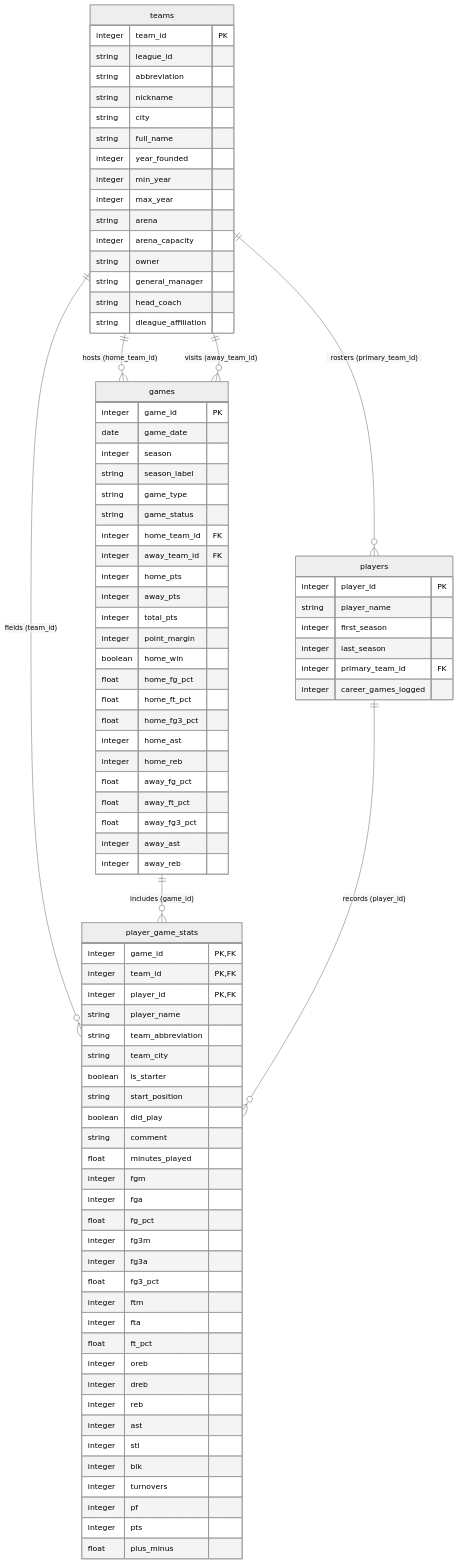
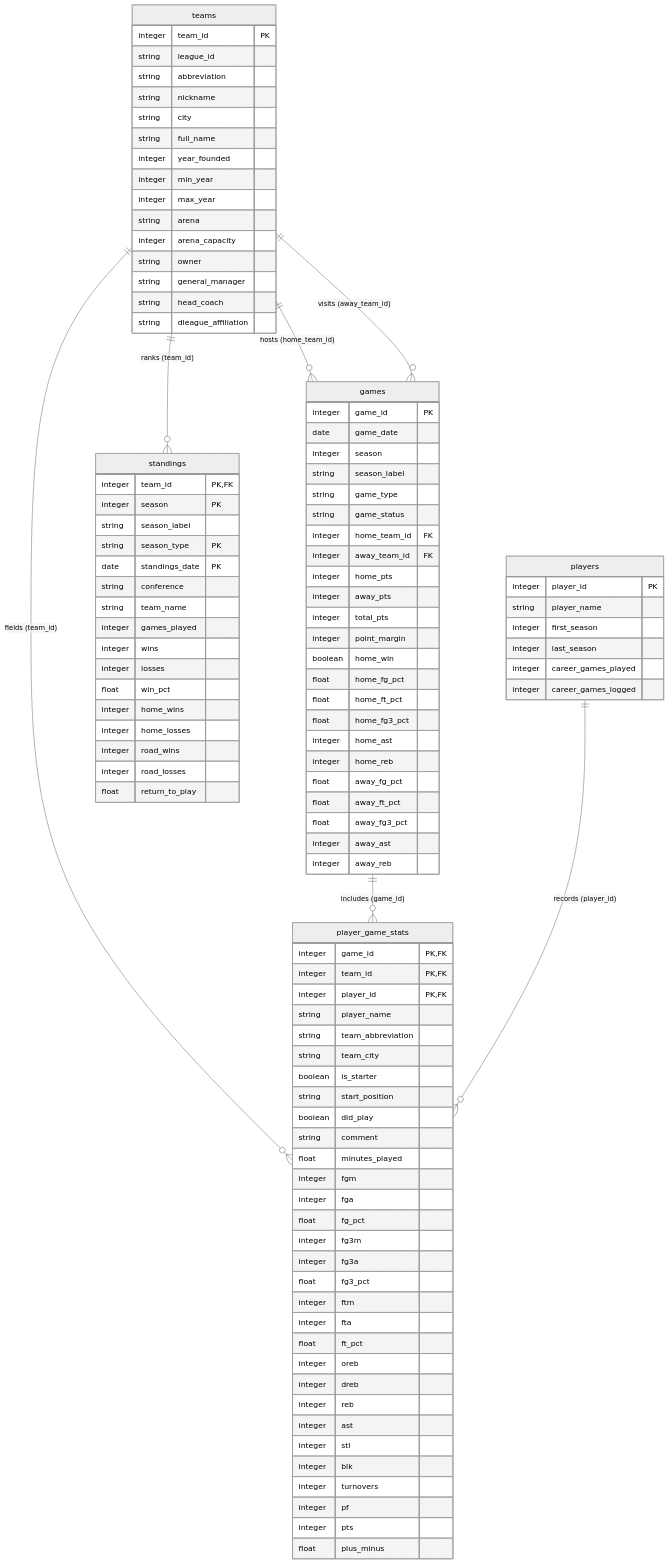
One commit to shahdscode/arcora changed the diagram in docs/erd.mmd. Above: the diagram before and after it, drawn with Mermaid (neutral theme). The commit also changed 24 other files, not shown here.

Commit message:
fix(week-1): add standings entity, refine player schema, audit corrections, expand validation & execute EDA notebook

```diff
--- a/docs/erd.mmd
+++ b/docs/erd.mmd
@@ -1,90 +1,108 @@
 erDiagram
     teams ||--o{ games : "hosts (home_team_id)"
     teams ||--o{ games : "visits (away_team_id)"
-    teams ||--o{ players : "rosters (primary_team_id)"
     teams ||--o{ player_game_stats : "fields (team_id)"
+    teams ||--o{ standings : "ranks (team_id)"
     games ||--o{ player_game_stats : "includes (game_id)"
     players ||--o{ player_game_stats : "records (player_id)"
 
     teams {
         integer team_id PK
         string league_id
         string abbreviation
         string nickname
         string city
         string full_name
         integer year_founded
         integer min_year
         integer max_year
         string arena
         integer arena_capacity
         string owner
         string general_manager
         string head_coach
         string dleague_affiliation
     }
     players {
         integer player_id PK
         string player_name
         integer first_season
         integer last_season
-        integer primary_team_id FK
+        integer career_games_played
         integer career_games_logged
     }
     games {
         integer game_id PK
         date game_date
         integer season
         string season_label
         string game_type
         string game_status
         integer home_team_id FK
         integer away_team_id FK
         integer home_pts
         integer away_pts
         integer total_pts
         integer point_margin
         boolean home_win
         float home_fg_pct
         float home_ft_pct
         float home_fg3_pct
         integer home_ast
         integer home_reb
         float away_fg_pct
         float away_ft_pct
         float away_fg3_pct
         integer away_ast
         integer away_reb
     }
     player_game_stats {
         integer game_id PK,FK
         integer team_id PK,FK
         integer player_id PK,FK
         string player_name
         string team_abbreviation
         string team_city
         boolean is_starter
         string start_position
         boolean did_play
         string comment
         float minutes_played
         integer fgm
         integer fga
         float fg_pct
         integer fg3m
         integer fg3a
         float fg3_pct
         integer ftm
         integer fta
         float ft_pct
         integer oreb
         integer dreb
         integer reb
         integer ast
         integer stl
         integer blk
         integer turnovers
         integer pf
         integer pts
         float plus_minus
     }
+    standings {
+        integer team_id PK,FK
+        integer season PK
+        string season_label
+        string season_type PK
+        date standings_date PK
+        string conference
+        string team_name
+        integer games_played
+        integer wins
+        integer losses
+        float win_pct
+        integer home_wins
+        integer home_losses
+        integer road_wins
+        integer road_losses
+        float return_to_play
+    }
```
